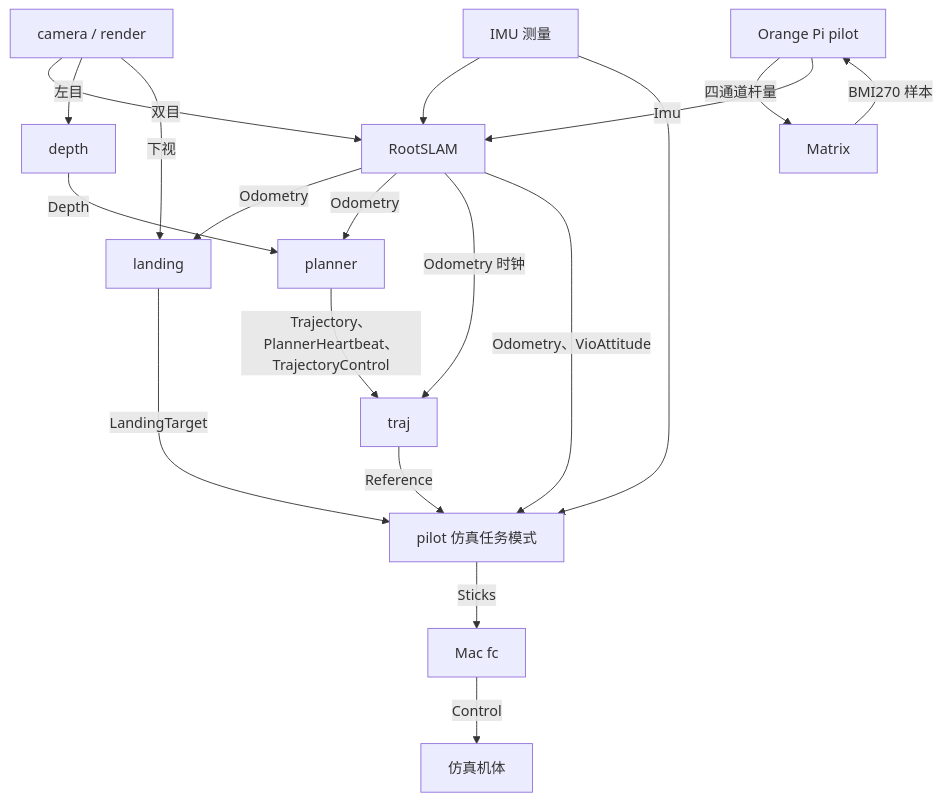
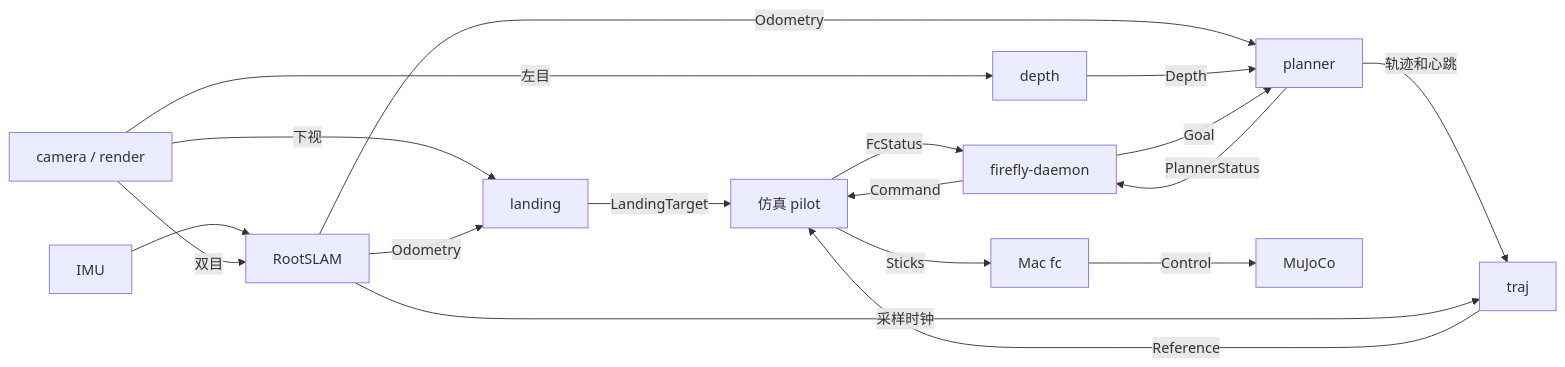
The second of 2 diagrams in docs/architecture.md (3SE-Competitive-Robotics-Team/firefly), drawn with Mermaid before and after one commit. The commit also changed other lines of this file and 11 other files, not shown here.

Commit message:
梳理实机、仿真和录制文档，补充 Matrix IMU 台架检查

````diff
--- a/docs/architecture.md
+++ b/docs/architecture.md
@@ -36,19 +35,20 @@
 ```mermaid
-flowchart TB
-    cam["camera / render"] -->|双目| vio["RootSLAM"]
-    imu["IMU 测量"] --> vio
-    cam -->|左目| depth["depth"]
-    cam -->|下视| landing["landing"]
+flowchart LR
+    imu[IMU] --> vio[RootSLAM]
+    camera[camera / render] -->|双目| vio
+    camera -->|左目| depth[depth]
+    camera -->|下视| landing[landing]
     vio -->|Odometry| landing
-    vio -->|Odometry| planner["planner"]
+    vio -->|Odometry| planner[planner]
     depth -->|Depth| planner
-    planner -->|Trajectory、PlannerHeartbeat、TrajectoryControl| traj["traj"]
-    vio -->|Odometry 时钟| traj
-    traj -->|Reference| fc["pilot 仿真任务模式"]
-    vio -->|Odometry、VioAttitude| fc
-    imu --> fc
-    landing -->|LandingTarget| fc
-    fc -->|Sticks| simfc["Mac fc"] -->|Control| motor["仿真机体"]
-    companion["Orange Pi pilot"] -->|四通道杆量| matrix["Matrix"]
-    matrix -->|BMI270 样本| companion -->|Imu| vio
+    daemon[firefly-daemon] -->|Goal| planner
+    planner -->|PlannerStatus| daemon
+    planner -->|轨迹和心跳| traj[traj]
+    vio -->|采样时钟| traj
+    traj -->|Reference| pilot[仿真 pilot]
+    landing -->|LandingTarget| pilot
+    daemon -->|Command| pilot
+    pilot -->|FcStatus| daemon
+    pilot -->|Sticks| fc[Mac fc]
+    fc -->|Control| sim[MuJoCo]
 ```
````
